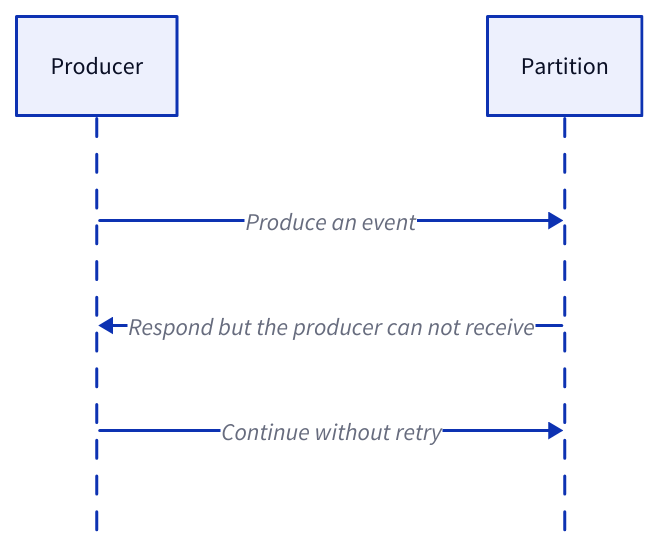
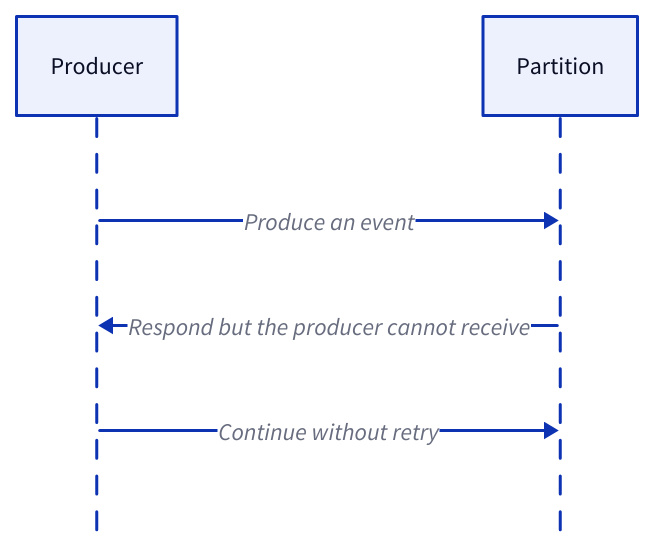
One commit to link1905/system-design-101 changed diagram 21 of 30 in content/docs/data-persistence/event-streaming-platform.md. Above: the diagram before and after it, drawn with D2. The commit also changed other lines of this file and 7 other files, not shown here.

````diff
--- a/content/docs/data-persistence/event-streaming-platform.md
+++ b/content/docs/data-persistence/event-streaming-platform.md
@@ -684,16 +660,16 @@
 ```d2
 shape: sequence_diagram
 p: Producer {
     class: server
 }
 q: Partition {
     class: mq
 }
 p -> q: Produce an event
-q -> p: Respond but the producer can not receive {
+q -> p: Respond but the producer cannot receive {
     class: error-conn
-} 
+}
 p --> q: Continue without retry {
     class: error-conn
 }
 ```
````
